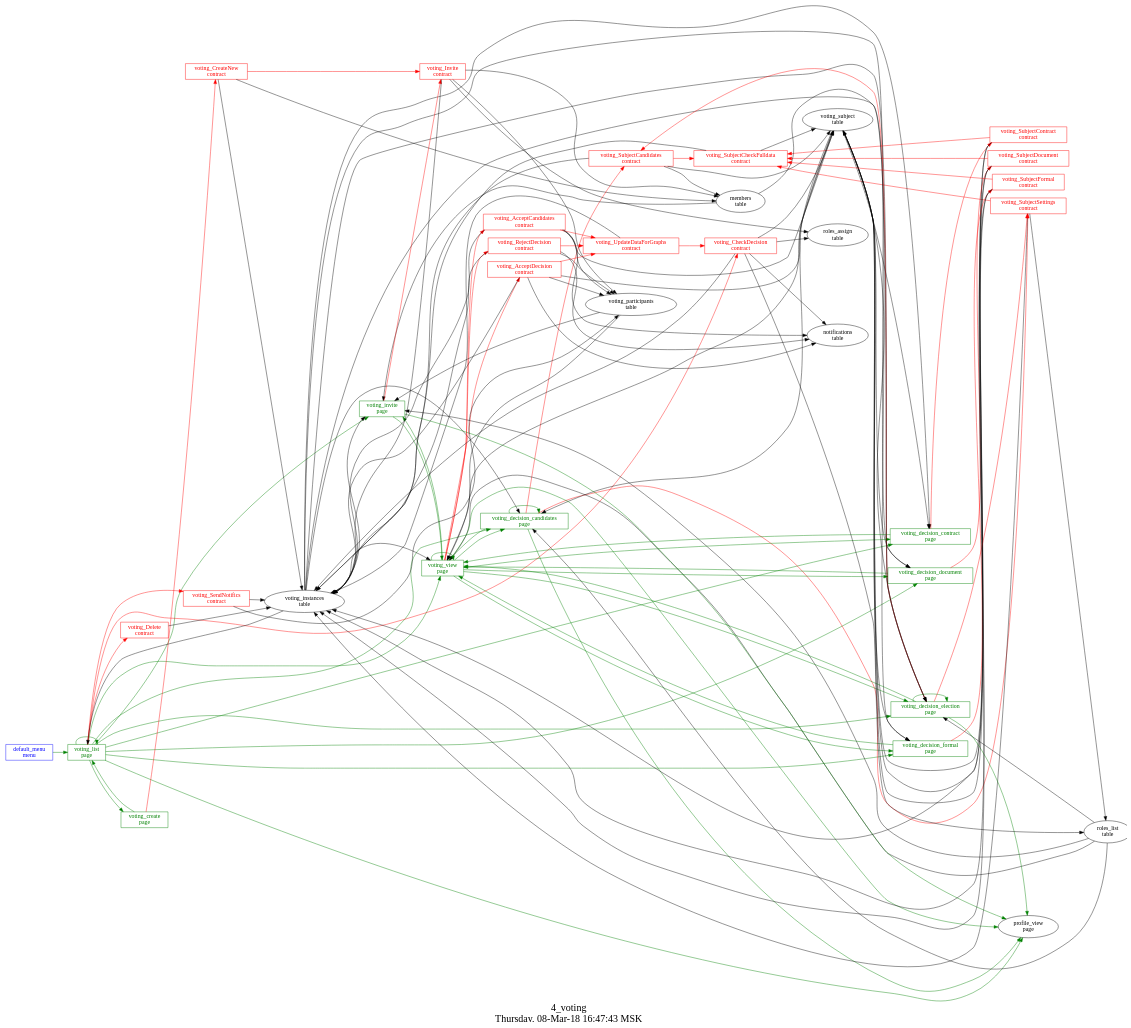
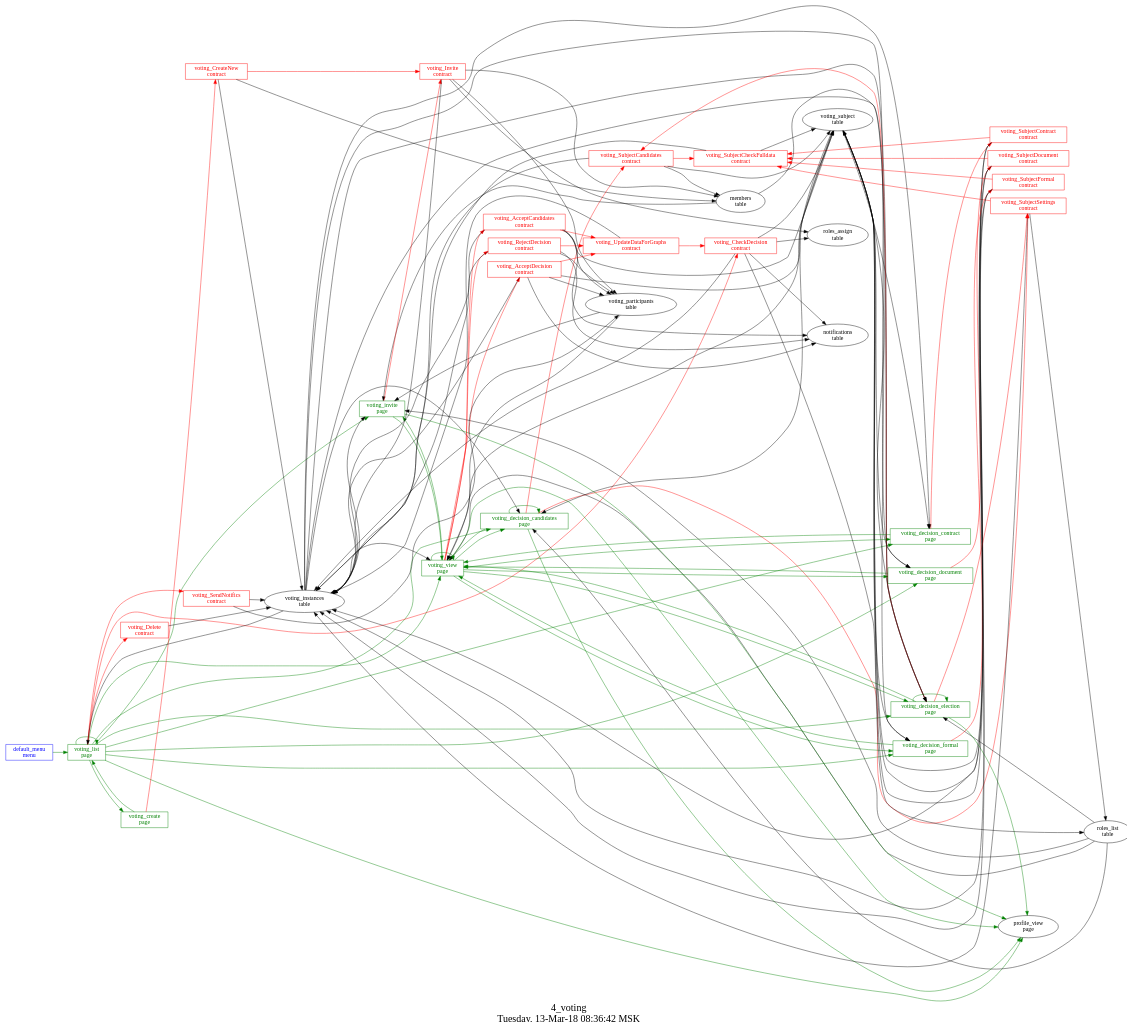
Before and after one commit to AplaProject/apps: the diagram in src/basic/common/4_voting/struct.dot, drawn with Graphviz. The commit also changed 2 other files, not shown here.

```diff
--- a/src/basic/common/4_voting/struct.dot
+++ b/src/basic/common/4_voting/struct.dot
@@ -1,155 +1,155 @@
 digraph G {
 graph [
   fontsize="24";
-  label="4_voting\nThursday, 08-Mar-18 16:47:43 MSK";
+  label="4_voting\nTuesday, 13-Mar-18 08:36:42 MSK";
   nojustify=true;
   ordering=out;
   rankdir=LR;
   size="30";
 ];
 "default_menu\nmenu" -> "voting_list\npage"  [ color=green ]
 "default_menu\nmenu" [color=blue, fontcolor=blue, group=menus, shape=record];
 "voting_create\npage" -> "voting_CreateNew\ncontract"  [ color=red ]
 "voting_create\npage" -> "voting_list\npage"  [ color=green ]
 "voting_create\npage" [color=green, fontcolor=green, group=pages, shape=record];
 "voting_decision_candidates\npage" -> "voting_SubjectCandidates\ncontract"  [ color=red ]
 "voting_decision_candidates\npage" -> "voting_SubjectSettings\ncontract"  [ color=red ]
 "voting_instances\ntable" -> "voting_decision_candidates\npage"  [ color="" ]
 "voting_subject\ntable" -> "voting_decision_candidates\npage"  [ color="" ]
 "roles_list\ntable" -> "voting_decision_candidates\npage"  [ color="" ]
 "voting_decision_candidates\npage" -> "voting_decision_candidates\npage"  [ color=green ]
 "voting_decision_candidates\npage" -> "profile_view\npage"  [ color=green ]
 "voting_decision_candidates\npage" -> "voting_view\npage"  [ color=green ]
 "voting_decision_candidates\npage" [color=green, fontcolor=green, group=pages, shape=record];
 "voting_decision_contract\npage" -> "voting_SubjectContract\ncontract"  [ color=red ]
 "voting_instances\ntable" -> "voting_decision_contract\npage"  [ color="" ]
 "voting_subject\ntable" -> "voting_decision_contract\npage"  [ color="" ]
 "voting_decision_contract\npage" -> "voting_view\npage"  [ color=green ]
 "voting_decision_contract\npage" [color=green, fontcolor=green, group=pages, shape=record];
 "voting_decision_document\npage" -> "voting_SubjectDocument\ncontract"  [ color=red ]
 "voting_instances\ntable" -> "voting_decision_document\npage"  [ color="" ]
 "voting_subject\ntable" -> "voting_decision_document\npage"  [ color="" ]
 "voting_decision_document\npage" -> "voting_view\npage"  [ color=green ]
 "voting_decision_document\npage" [color=green, fontcolor=green, group=pages, shape=record];
 "voting_decision_election\npage" -> "voting_SubjectCandidates\ncontract"  [ color=red ]
 "voting_decision_election\npage" -> "voting_SubjectSettings\ncontract"  [ color=red ]
 "voting_instances\ntable" -> "voting_decision_election\npage"  [ color="" ]
 "members\ntable" -> "voting_decision_election\npage"  [ color="" ]
 "voting_subject\ntable" -> "voting_decision_election\npage"  [ color="" ]
 "roles_list\ntable" -> "voting_decision_election\npage"  [ color="" ]
 "voting_decision_election\npage" -> "voting_decision_election\npage"  [ color=green ]
 "voting_decision_election\npage" -> "profile_view\npage"  [ color=green ]
 "voting_decision_election\npage" -> "voting_view\npage"  [ color=green ]
 "voting_decision_election\npage" [color=green, fontcolor=green, group=pages, shape=record];
 "voting_decision_formal\npage" -> "voting_SubjectFormal\ncontract"  [ color=red ]
 "voting_instances\ntable" -> "voting_decision_formal\npage"  [ color="" ]
 "voting_subject\ntable" -> "voting_decision_formal\npage"  [ color="" ]
 "voting_decision_formal\npage" -> "voting_view\npage"  [ color=green ]
 "voting_decision_formal\npage" [color=green, fontcolor=green, group=pages, shape=record];
 "voting_invite\npage" -> "voting_Invite\ncontract"  [ color=red ]
 "voting_instances\ntable" -> "voting_invite\npage"  [ color="" ]
 "voting_participants\ntable" -> "voting_invite\npage"  [ color="" ]
 "members\ntable" -> "voting_invite\npage"  [ color="" ]
 "roles_list\ntable" -> "voting_invite\npage"  [ color="" ]
 "voting_invite\npage" -> "profile_view\npage"  [ color=green ]
 "voting_invite\npage" -> "voting_view\npage"  [ color=green ]
 "voting_invite\npage" [color=green, fontcolor=green, group=pages, shape=record];
 "voting_list\npage" -> "voting_SendNotifics\ncontract"  [ color=red ]
 "voting_list\npage" -> "voting_CheckDecision\ncontract"  [ color=red ]
 "voting_list\npage" -> "voting_Delete\ncontract"  [ color=red ]
 "voting_instances\ntable" -> "voting_list\npage"  [ color="" ]
 "voting_list\npage" -> "voting_view\npage"  [ color=green ]
 "voting_list\npage" -> "voting_decision_candidates\npage"  [ color=green ]
 "voting_list\npage" -> "voting_decision_election\npage"  [ color=green ]
 "voting_list\npage" -> "voting_decision_document\npage"  [ color=green ]
 "voting_list\npage" -> "voting_decision_formal\npage"  [ color=green ]
 "voting_list\npage" -> "voting_decision_contract\npage"  [ color=green ]
 "voting_list\npage" -> "voting_invite\npage"  [ color=green ]
 "voting_list\npage" -> "voting_list\npage"  [ color=green ]
 "voting_list\npage" -> "profile_view\npage"  [ color=green ]
 "voting_list\npage" -> "voting_create\npage"  [ color=green ]
 "voting_list\npage" [color=green, fontcolor=green, group=pages, shape=record];
 "voting_view\npage" -> "voting_AcceptCandidates\ncontract"  [ color=red ]
 "voting_view\npage" -> "voting_RejectDecision\ncontract"  [ color=red ]
 "voting_view\npage" -> "voting_AcceptDecision\ncontract"  [ color=red ]
 "voting_instances\ntable" -> "voting_view\npage"  [ color="" ]
 "voting_participants\ntable" -> "voting_view\npage"  [ color="" ]
 "roles_list\ntable" -> "voting_view\npage"  [ color="" ]
 "voting_subject\ntable" -> "voting_view\npage"  [ color="" ]
 "voting_view\npage" -> "profile_view\npage"  [ color=green ]
 "voting_view\npage" -> "voting_view\npage"  [ color=green ]
 "voting_view\npage" -> "voting_decision_candidates\npage"  [ color=green ]
 "voting_view\npage" -> "voting_decision_election\npage"  [ color=green ]
 "voting_view\npage" -> "voting_decision_document\npage"  [ color=green ]
 "voting_view\npage" -> "voting_decision_formal\npage"  [ color=green ]
 "voting_view\npage" -> "voting_decision_contract\npage"  [ color=green ]
 "voting_view\npage" -> "voting_invite\npage"  [ color=green ]
 "voting_view\npage" [color=green, fontcolor=green, group=pages, shape=record];
 "voting_AcceptCandidates\ncontract" -> "voting_UpdateDataForGraphs\ncontract"  [ color=red ]
 "voting_AcceptCandidates\ncontract" -> "voting_instances\ntable"  [ color="" ]
 "voting_AcceptCandidates\ncontract" -> "voting_subject\ntable"  [ color="" ]
 "voting_AcceptCandidates\ncontract" -> "voting_participants\ntable"  [ color="" ]
 "voting_AcceptCandidates\ncontract" -> "notifications\ntable"  [ color="" ]
 "voting_AcceptCandidates\ncontract" [color=red, fontcolor=red, group=contracts, shape=record];
 "voting_AcceptDecision\ncontract" -> "voting_UpdateDataForGraphs\ncontract"  [ color=red ]
 "voting_AcceptDecision\ncontract" -> "voting_instances\ntable"  [ color="" ]
 "voting_AcceptDecision\ncontract" -> "voting_subject\ntable"  [ color="" ]
 "voting_AcceptDecision\ncontract" -> "voting_participants\ntable"  [ color="" ]
 "voting_AcceptDecision\ncontract" -> "notifications\ntable"  [ color="" ]
 "voting_AcceptDecision\ncontract" [color=red, fontcolor=red, group=contracts, shape=record];
 "voting_CheckDecision\ncontract" -> "voting_instances\ntable"  [ color="" ]
 "voting_CheckDecision\ncontract" -> "voting_subject\ntable"  [ color="" ]
 "voting_CheckDecision\ncontract" -> "notifications\ntable"  [ color="" ]
 "voting_CheckDecision\ncontract" -> "roles_list\ntable"  [ color="" ]
 "voting_CheckDecision\ncontract" -> "roles_assign\ntable"  [ color="" ]
 "voting_CheckDecision\ncontract" [color=red, fontcolor=red, group=contracts, shape=record];
 "voting_CreateNew\ncontract" -> "voting_Invite\ncontract"  [ color=red ]
 "voting_CreateNew\ncontract" -> "members\ntable"  [ color="" ]
 "voting_CreateNew\ncontract" -> "voting_instances\ntable"  [ color="" ]
 "voting_CreateNew\ncontract" [color=red, fontcolor=red, group=contracts, shape=record];
 "voting_Delete\ncontract" -> "voting_instances\ntable"  [ color="" ]
 "voting_Delete\ncontract" [color=red, fontcolor=red, group=contracts, shape=record];
 "voting_Invite\ncontract" -> "voting_instances\ntable"  [ color="" ]
 "voting_Invite\ncontract" -> "voting_participants\ntable"  [ color="" ]
 "voting_Invite\ncontract" -> "members\ntable"  [ color="" ]
 "voting_Invite\ncontract" -> "roles_assign\ntable"  [ color="" ]
 "voting_Invite\ncontract" [color=red, fontcolor=red, group=contracts, shape=record];
 "voting_RejectDecision\ncontract" -> "voting_UpdateDataForGraphs\ncontract"  [ color=red ]
 "voting_RejectDecision\ncontract" -> "voting_instances\ntable"  [ color="" ]
 "voting_RejectDecision\ncontract" -> "voting_participants\ntable"  [ color="" ]
 "voting_RejectDecision\ncontract" -> "notifications\ntable"  [ color="" ]
 "voting_RejectDecision\ncontract" [color=red, fontcolor=red, group=contracts, shape=record];
 "voting_SendNotifics\ncontract" -> "voting_instances\ntable"  [ color="" ]
 "voting_SendNotifics\ncontract" -> "voting_participants\ntable"  [ color="" ]
 "voting_SendNotifics\ncontract" [color=red, fontcolor=red, group=contracts, shape=record];
 "voting_SubjectCandidates\ncontract" -> "voting_SubjectCheckFulldata\ncontract"  [ color=red ]
 "voting_SubjectCandidates\ncontract" -> "voting_instances\ntable"  [ color="" ]
 "voting_SubjectCandidates\ncontract" -> "voting_subject\ntable"  [ color="" ]
 "voting_SubjectCandidates\ncontract" -> "members\ntable"  [ color="" ]
 "voting_SubjectCandidates\ncontract" [color=red, fontcolor=red, group=contracts, shape=record];
 "voting_SubjectCheckFulldata\ncontract" -> "voting_instances\ntable"  [ color="" ]
 "voting_SubjectCheckFulldata\ncontract" -> "voting_subject\ntable"  [ color="" ]
 "voting_SubjectCheckFulldata\ncontract" [color=red, fontcolor=red, group=contracts, shape=record];
 "voting_SubjectContract\ncontract" -> "voting_SubjectCheckFulldata\ncontract"  [ color=red ]
 "voting_SubjectContract\ncontract" -> "voting_instances\ntable"  [ color="" ]
 "voting_SubjectContract\ncontract" -> "voting_subject\ntable"  [ color="" ]
 "voting_SubjectContract\ncontract" [color=red, fontcolor=red, group=contracts, shape=record];
 "voting_SubjectDocument\ncontract" -> "voting_SubjectCheckFulldata\ncontract"  [ color=red ]
 "voting_SubjectDocument\ncontract" -> "voting_instances\ntable"  [ color="" ]
 "voting_SubjectDocument\ncontract" -> "voting_subject\ntable"  [ color="" ]
 "voting_SubjectDocument\ncontract" [color=red, fontcolor=red, group=contracts, shape=record];
 "voting_SubjectFormal\ncontract" -> "voting_SubjectCheckFulldata\ncontract"  [ color=red ]
 "voting_SubjectFormal\ncontract" -> "voting_instances\ntable"  [ color="" ]
 "voting_SubjectFormal\ncontract" -> "voting_subject\ntable"  [ color="" ]
 "voting_SubjectFormal\ncontract" [color=red, fontcolor=red, group=contracts, shape=record];
 "voting_SubjectSettings\ncontract" -> "voting_SubjectCheckFulldata\ncontract"  [ color=red ]
 "voting_SubjectSettings\ncontract" -> "voting_instances\ntable"  [ color="" ]
 "voting_SubjectSettings\ncontract" -> "roles_list\ntable"  [ color="" ]
 "voting_SubjectSettings\ncontract" [color=red, fontcolor=red, group=contracts, shape=record];
 "voting_UpdateDataForGraphs\ncontract" -> "voting_CheckDecision\ncontract"  [ color=red ]
 "voting_UpdateDataForGraphs\ncontract" -> "voting_instances\ntable"  [ color="" ]
 "voting_UpdateDataForGraphs\ncontract" [color=red, fontcolor=red, group=contracts, shape=record];
 "voting_instances\ntable" [color="", fontcolor="", group=tables, shape=""];
 "voting_participants\ntable" [color="", fontcolor="", group=tables, shape=""];
 "voting_subject\ntable" [color="", fontcolor="", group=tables, shape=""];
 }
```
